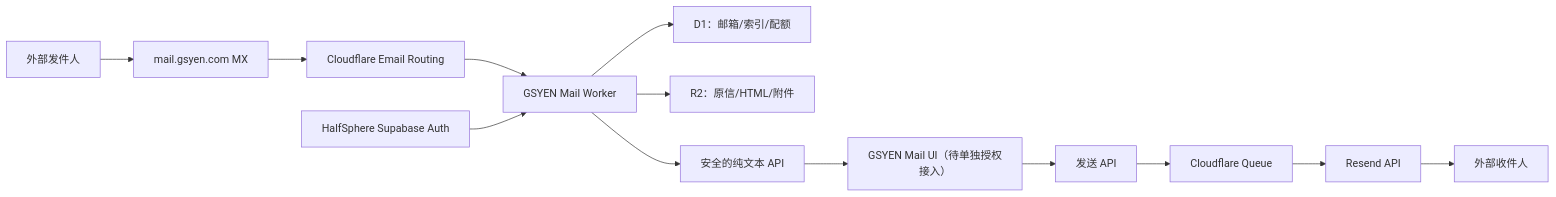
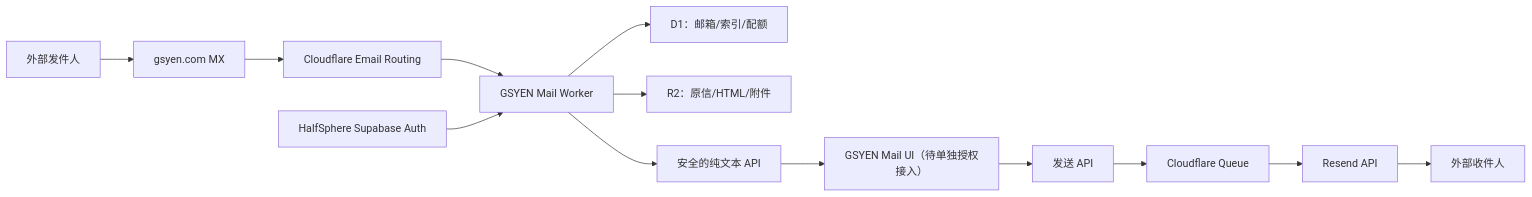
Before and after one commit to Christine2031/gsyen-web: the diagram in email-worker/docs/ARCHITECTURE.md, drawn with Mermaid. The commit also changed other lines of this file and 5 other files, not shown here.

````diff
--- a/email-worker/docs/ARCHITECTURE.md
+++ b/email-worker/docs/ARCHITECTURE.md
@@ -34,15 +34,15 @@
 ```mermaid
 flowchart LR
-  A["外部发件人"] --> B["mail.gsyen.com MX"]
+  A["外部发件人"] --> B["gsyen.com MX"]
   B --> C["Cloudflare Email Routing"]
   C --> D["GSYEN Mail Worker"]
   D --> E["D1：邮箱/索引/配额"]
   D --> F["R2：原信/HTML/附件"]
   D --> G["安全的纯文本 API"]
   G --> H["GSYEN Mail UI（待单独授权接入）"]
   H --> I["发送 API"]
   I --> J["Cloudflare Queue"]
   J --> K["Resend API"]
   K --> L["外部收件人"]
   M["HalfSphere Supabase Auth"] --> D
 ```
````
